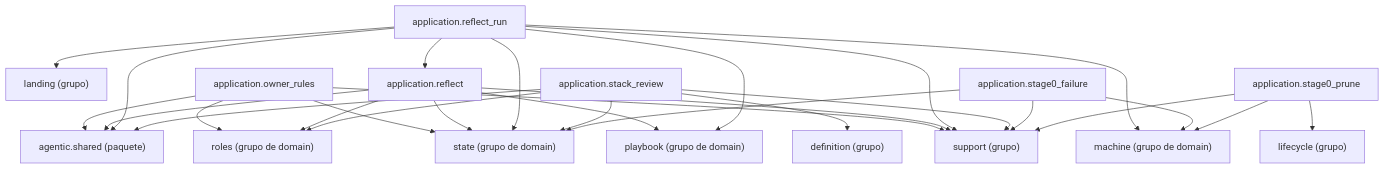
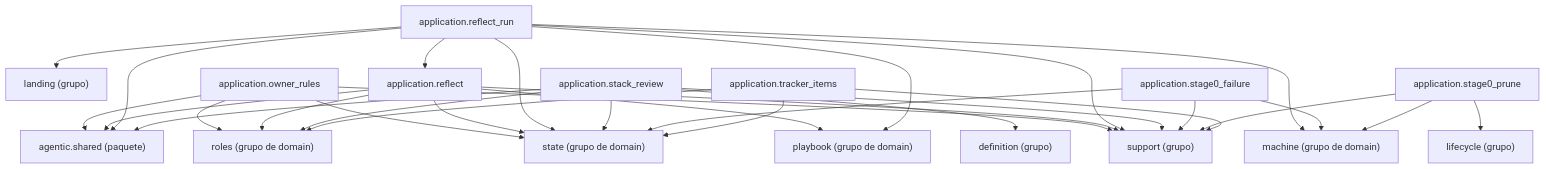
Before and after one commit to GonzaloZevallos/agentic-system: the diagram in docs/architecture/generated/packages-process-application-reflection.md, drawn with Mermaid. The commit also changed other lines of this file and 16 other files, not shown here.

Commit message:
Place application.tracker_items in the reflection cluster so the process pages stay within the cap

````diff
--- a/docs/architecture/generated/packages-process-application-reflection.md
+++ b/docs/architecture/generated/packages-process-application-reflection.md
@@ -17,45 +16,49 @@
 ```mermaid
 graph TD
     g_application__definition["definition (grupo)"]
     g_application__landing["landing (grupo)"]
     g_application__lifecycle["lifecycle (grupo)"]
     g_application__support["support (grupo)"]
     g_domain__machine["machine (grupo de domain)"]
     g_domain__playbook["playbook (grupo de domain)"]
     g_domain__roles["roles (grupo de domain)"]
     g_domain__state["state (grupo de domain)"]
     g_pkg__agentic__shared["agentic.shared (paquete)"]
     m_application__owner_rules["application.owner_rules"]
     m_application__reflect["application.reflect"]
     m_application__reflect_run["application.reflect_run"]
     m_application__stack_review["application.stack_review"]
     m_application__stage0_failure["application.stage0_failure"]
     m_application__stage0_prune["application.stage0_prune"]
+    m_application__tracker_items["application.tracker_items"]
     m_application__owner_rules --> g_application__support
     m_application__owner_rules --> g_domain__roles
     m_application__owner_rules --> g_domain__state
     m_application__owner_rules --> g_pkg__agentic__shared
     m_application__reflect --> g_application__support
     m_application__reflect --> g_domain__playbook
     m_application__reflect --> g_domain__roles
     m_application__reflect --> g_domain__state
     m_application__reflect --> g_pkg__agentic__shared
     m_application__reflect_run --> g_application__landing
     m_application__reflect_run --> g_application__support
     m_application__reflect_run --> g_domain__machine
     m_application__reflect_run --> g_domain__playbook
     m_application__reflect_run --> g_domain__state
     m_application__reflect_run --> g_pkg__agentic__shared
     m_application__reflect_run --> m_application__reflect
     m_application__stack_review --> g_application__definition
     m_application__stack_review --> g_application__support
     m_application__stack_review --> g_domain__roles
     m_application__stack_review --> g_domain__state
     m_application__stack_review --> g_pkg__agentic__shared
     m_application__stage0_failure --> g_application__support
     m_application__stage0_failure --> g_domain__machine
     m_application__stage0_failure --> g_domain__state
     m_application__stage0_prune --> g_application__lifecycle
     m_application__stage0_prune --> g_application__support
     m_application__stage0_prune --> g_domain__machine
+    m_application__tracker_items --> g_application__support
+    m_application__tracker_items --> g_domain__roles
+    m_application__tracker_items --> g_domain__state
 ```
````
